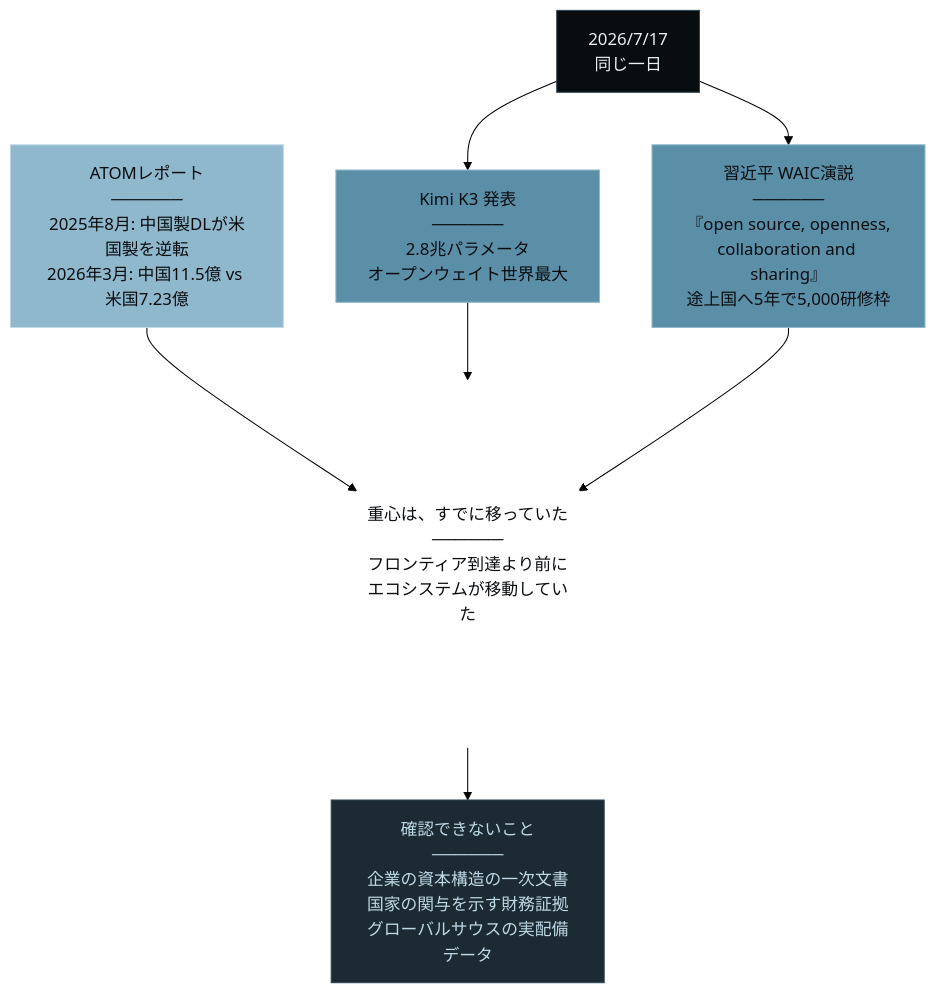
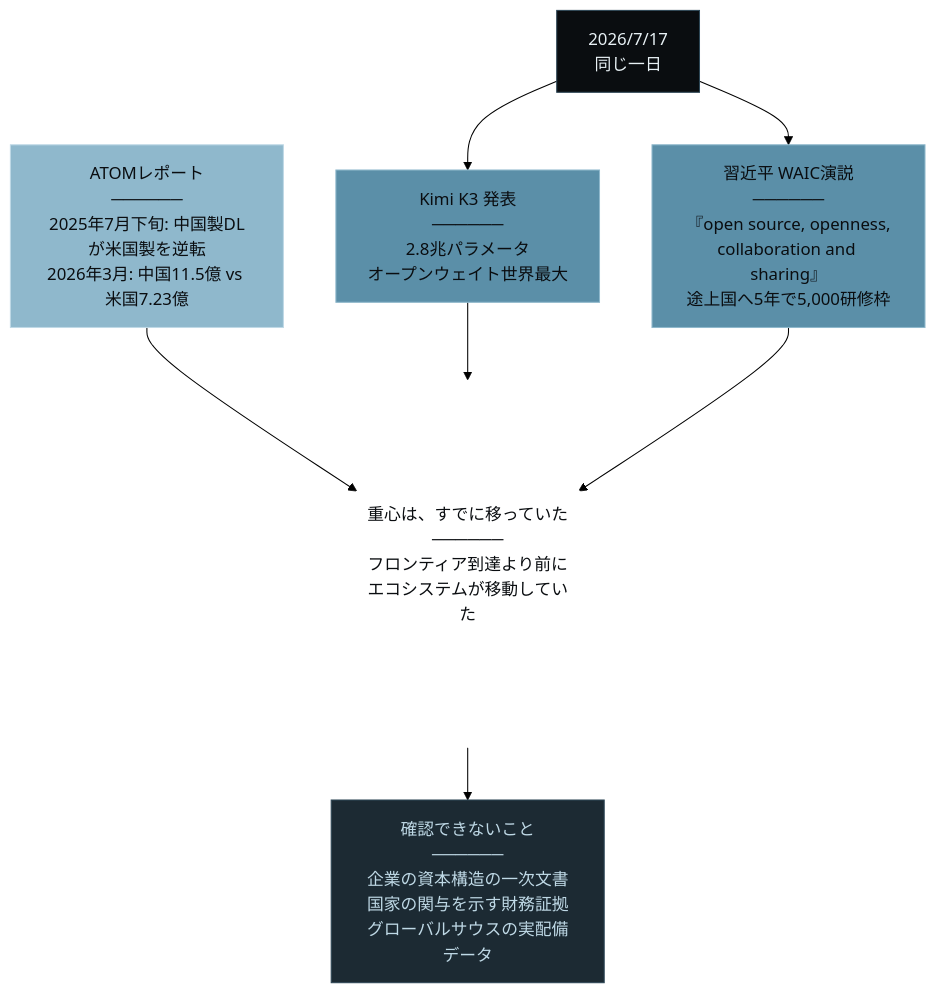
One commit to Leading-AI-IO/frontier-grade-open-weights changed the ninth of 9 diagrams in docs/jp/frontier-grade-open-weights_JP.md. Above: the diagram before and after it, drawn with Mermaid (forest theme). The commit also changed other lines of this file, not shown here.

````diff
--- a/docs/jp/frontier-grade-open-weights_JP.md
+++ b/docs/jp/frontier-grade-open-weights_JP.md
@@ -1602,16 +1728,16 @@
 ```mermaid
 graph TD
     A["2026/7/17<br/>同じ一日"] --> B["Kimi K3 発表<br/>──────<br/>2.8兆パラメータ<br/>オープンウェイト世界最大"]
     A --> C["習近平 WAIC演説<br/>──────<br/>『open source, openness,<br/>collaboration and sharing』<br/>途上国へ5年で5,000研修枠"]
-    D["ATOMレポート<br/>──────<br/>2025年8月: 中国製DLが米国製を逆転<br/>2026年3月: 中国11.5億 vs 米国7.23億"] --> E{"重心は、すでに移っていた<br/>──────<br/>フロンティア到達より前に<br/>エコシステムが移動していた"}
+    D["ATOMレポート<br/>──────<br/>2025年7月下旬: 中国製DLが米国製を逆転<br/>2026年3月: 中国11.5億 vs 米国7.23億"] --> E{"重心は、すでに移っていた<br/>──────<br/>フロンティア到達より前に<br/>エコシステムが移動していた"}
     B --> E
     C --> E
     E --> F["確認できないこと<br/>──────<br/>企業の資本構造の一次文書<br/>国家の関与を示す財務証拠<br/>グローバルサウスの実配備データ"]
 
     style A fill:#0A0D10,stroke:#2E4756,color:#E8F1F5
     style B fill:#5B8FA8,stroke:#8FB8CC,color:#0A0D10
     style C fill:#5B8FA8,stroke:#8FB8CC,color:#0A0D10
     style D fill:#8FB8CC,stroke:#BFD9E6,color:#0A0D10
     style E fill:#FFFFFF,stroke:#FFFFFF,color:#0A0D10
     style F fill:#1C2A33,stroke:#2E4756,color:#BFD9E6
 ```
````
